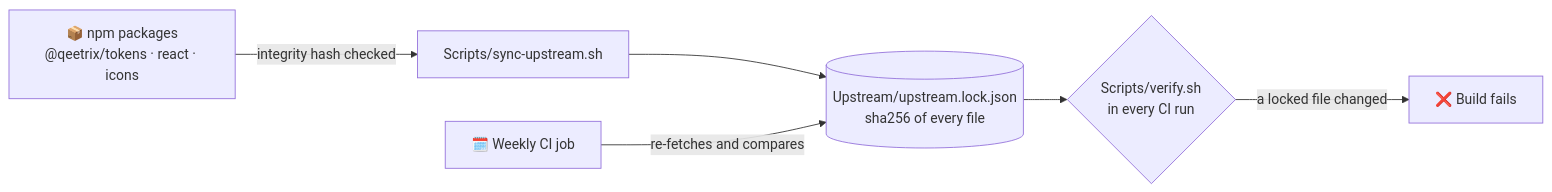
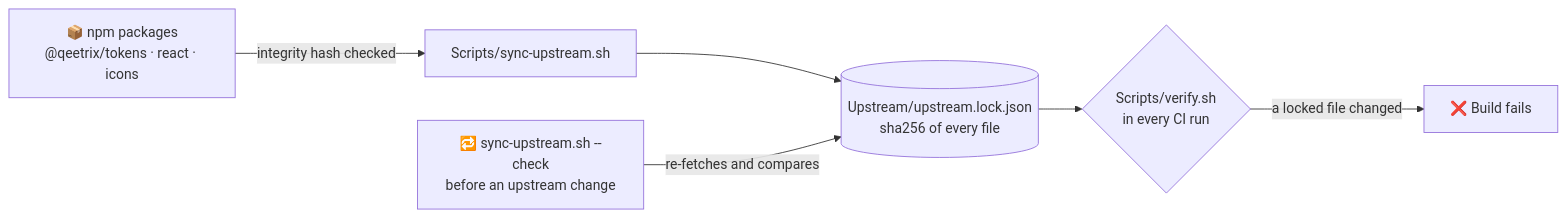
Before and after one commit to qeetgroup/qeetrix-ios: the diagram in SECURITY.md, drawn with Mermaid. The commit also changed 16 other files, not shown here.

````diff
--- a/SECURITY.md
+++ b/SECURITY.md
@@ -17,8 +17,8 @@
 ```mermaid
 flowchart LR
     N["📦 npm packages<br/>@qeetrix/tokens · react · icons"] -->|"integrity hash checked"| S["Scripts/sync-upstream.sh"]
     S --> L[("Upstream/upstream.lock.json<br/>sha256 of every file")]
     L --> C{"Scripts/verify.sh<br/>in every CI run"}
     C -->|"a locked file changed"| F["❌ Build fails"]
-    W["🗓️ Weekly CI job"] -->|"re-fetches and compares"| L
+    W["🔁 sync-upstream.sh --check<br/>before an upstream change"] -->|"re-fetches and compares"| L
 ```
````
